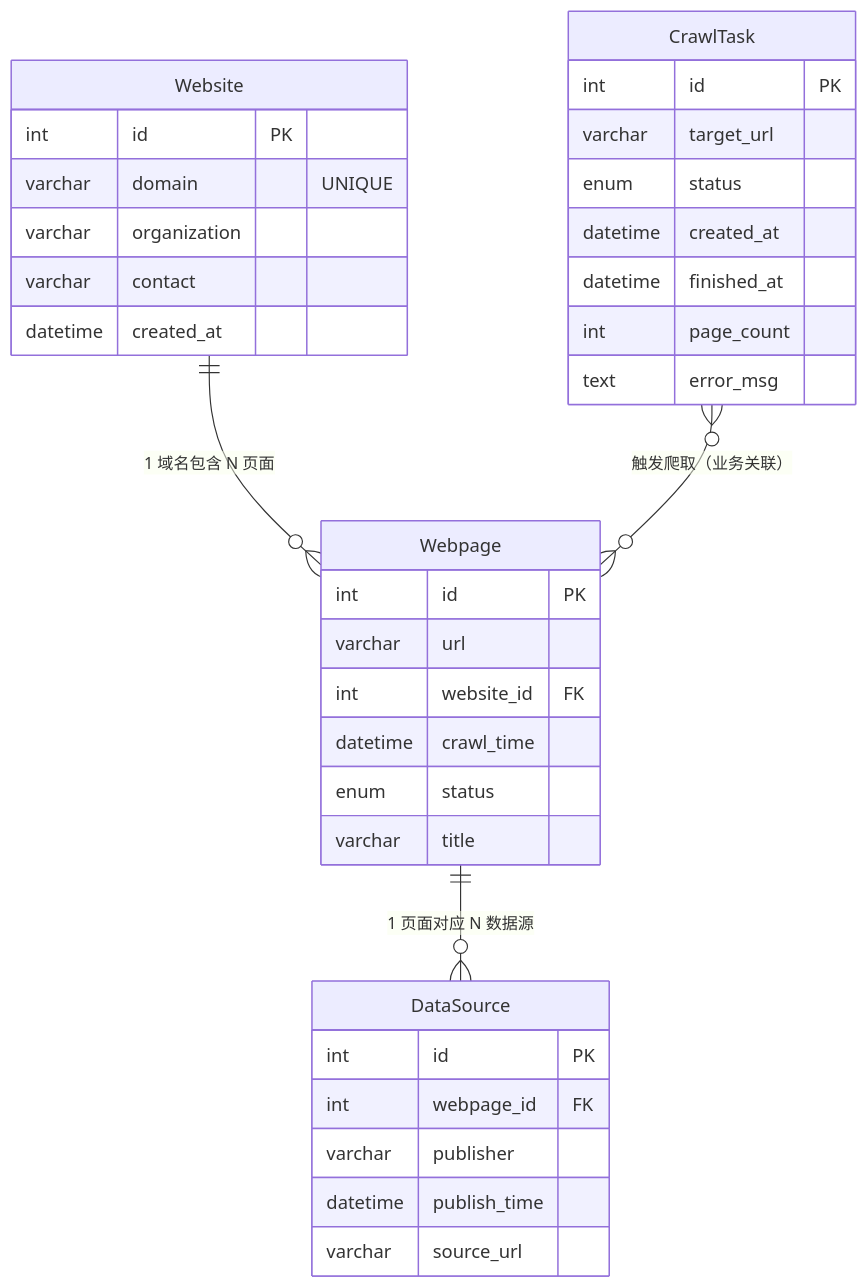
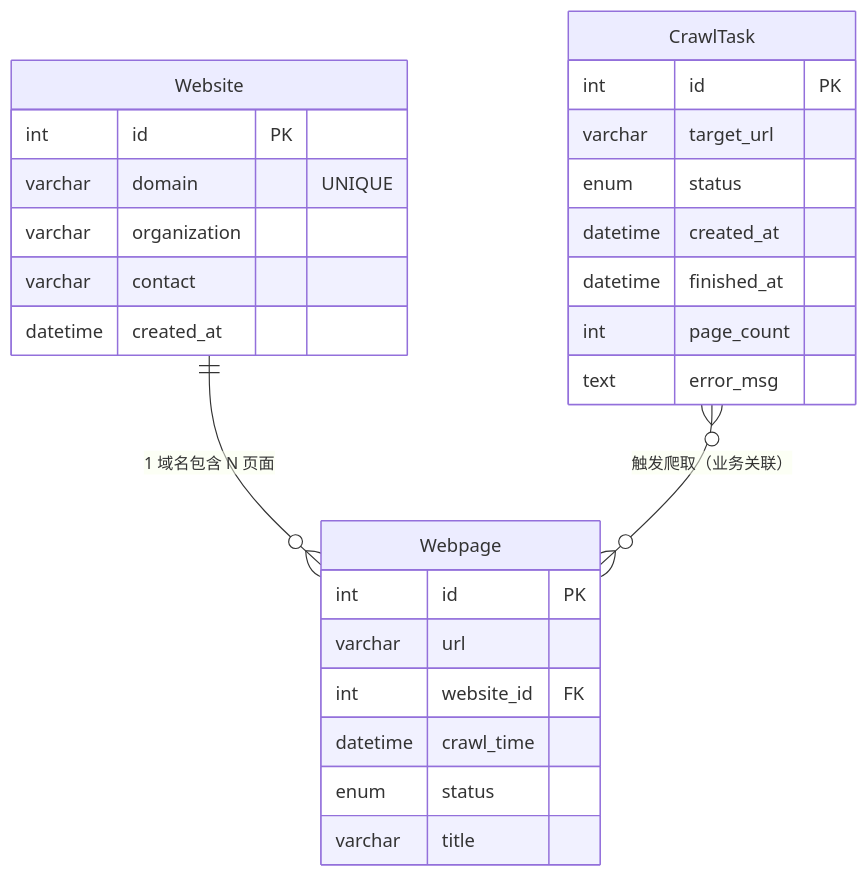
Before and after one commit to wtanjo/database-project: the diagram in README.md, drawn with Mermaid. The commit also changed other lines of this file and 3 other files, not shown here.

Commit message:
fix: remove all DataSource table references from README, model, and imports

````diff
--- a/README.md
+++ b/README.md
@@ -51,41 +51,32 @@
 ```mermaid
 erDiagram
     CrawlTask {
         int       id          PK
         varchar   target_url
         enum      status
         datetime  created_at
         datetime  finished_at
         int       page_count
         text      error_msg
     }
 
     Website {
         int       id           PK
         varchar   domain       "UNIQUE"
         varchar   organization
         varchar   contact
         datetime  created_at
     }
 
     Webpage {
         int       id          PK
         varchar   url
         int       website_id  FK
         datetime  crawl_time
         enum      status
         varchar   title
     }
 
-    DataSource {
-        int       id          PK
-        int       webpage_id  FK
-        varchar   publisher
-        datetime  publish_time
-        varchar   source_url
-    }
-
     Website ||--o{ Webpage : "1 域名包含 N 页面"
-    Webpage ||--o{ DataSource : "1 页面对应 N 数据源"
     CrawlTask }o--o{ Webpage : "触发爬取（业务关联）"
 ```
````
